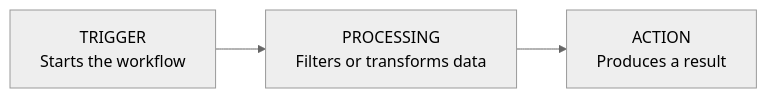
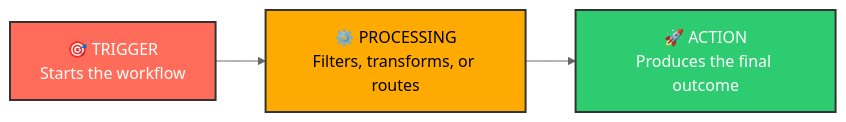
The second of 4 diagrams in 1_n8n_Introduction/02_Chapter_What_is_Automation.md (shashilabs-io/n8n-docs), drawn with Mermaid (neutral theme) before and after one commit. The commit also changed other lines of this file and 31 other files, not shown here.

````diff
--- a/1_n8n_Introduction/02_Chapter_What_is_Automation.md
+++ b/1_n8n_Introduction/02_Chapter_What_is_Automation.md
@@ -110,4 +98,8 @@
-``` mermaid
+```mermaid
 flowchart LR
-    A["TRIGGER<br/>Starts the workflow"] --> B["PROCESSING<br/>Filters or transforms data"] --> C["ACTION<br/>Produces a result"]
+    A["🎯 TRIGGER<br/>Starts the workflow"] --> B["⚙️ PROCESSING<br/>Filters, transforms, or routes"] --> C["🚀 ACTION<br/>Produces the final outcome"]
+
+    style A fill:#FF6D5A,stroke:#333,stroke-width:2px,color:#fff
+    style B fill:#FFAA00,stroke:#333,stroke-width:2px,color:#000
+    style C fill:#2ECC71,stroke:#333,stroke-width:2px,color:#fff
 ```
````
